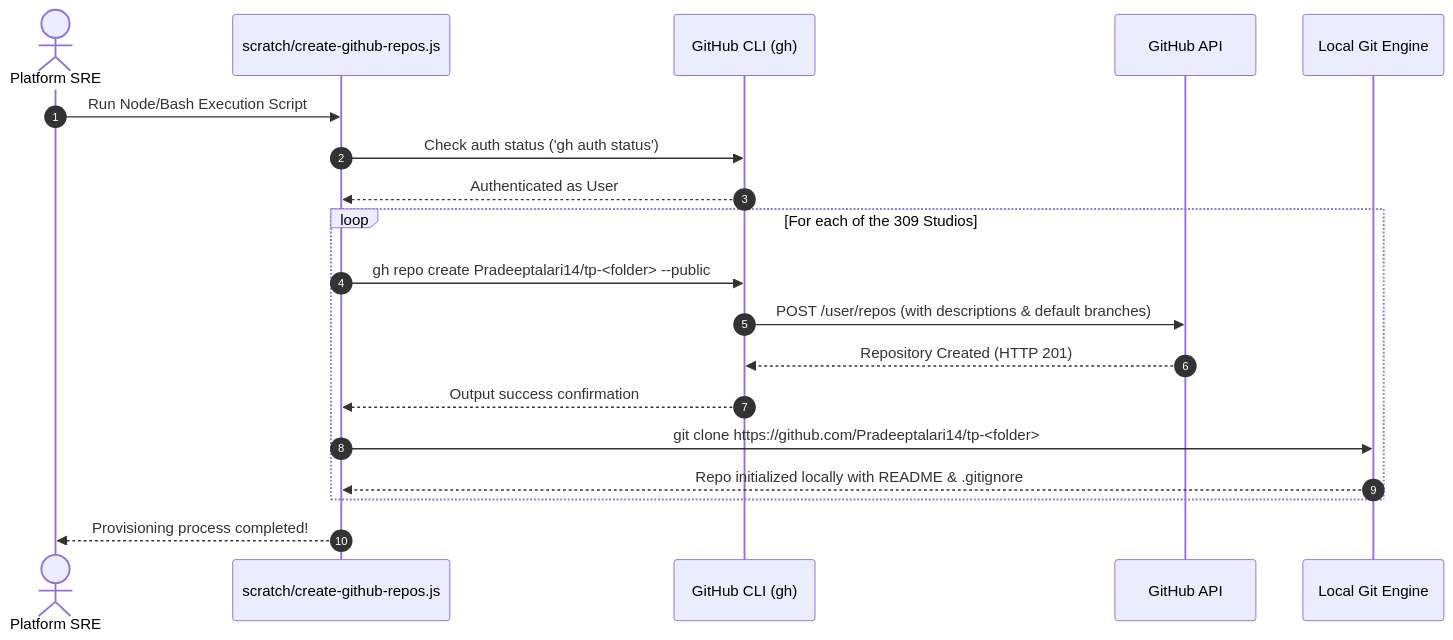
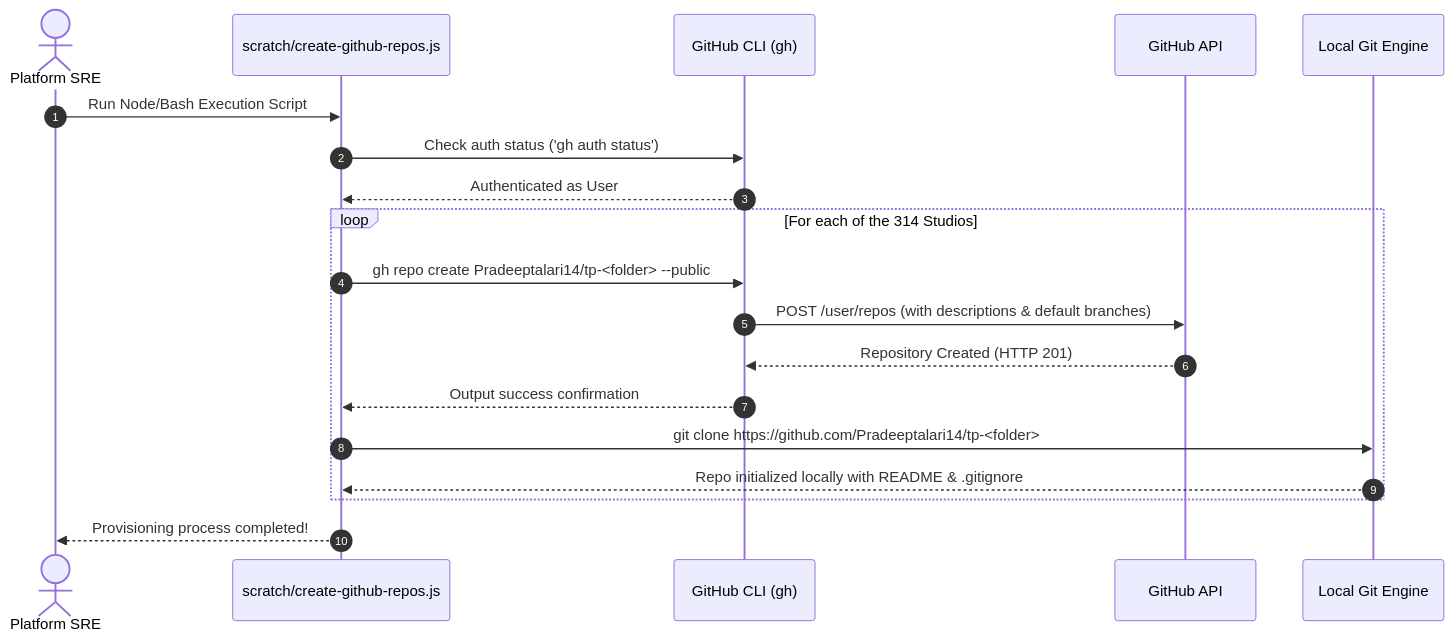
The first of 2 diagrams in GITHUB_PROVISIONING_GUIDE.md (Pradeeptalari14/portfolio), drawn with Mermaid before and after one commit. The commit also changed other lines of this file and 42 other files, not shown here.

````diff
--- a/GITHUB_PROVISIONING_GUIDE.md
+++ b/GITHUB_PROVISIONING_GUIDE.md
@@ -25,22 +25,22 @@
 ```mermaid
 sequenceDiagram
     autonumber
     actor Engineer as Platform SRE
     participant Script as scratch/create-github-repos.js
     participant gh as GitHub CLI (gh)
     participant API as GitHub API
     participant Git as Local Git Engine
 
     Engineer->>Script: Run Node/Bash Execution Script
     Script->>gh: Check auth status ('gh auth status')
     gh-->>Script: Authenticated as User
-    loop For each of the 309 Studios
+    loop For each of the 314 Studios
         Script->>gh: gh repo create Pradeeptalari14/tp-<folder> --public
         gh->>API: POST /user/repos (with descriptions & default branches)
         API-->>gh: Repository Created (HTTP 201)
         gh-->>Script: Output success confirmation
         Script->>Git: git clone https://github.com/Pradeeptalari14/tp-<folder>
         Git-->>Script: Repo initialized locally with README & .gitignore
     end
     Script-->>Engineer: Provisioning process completed!
 ```
````
